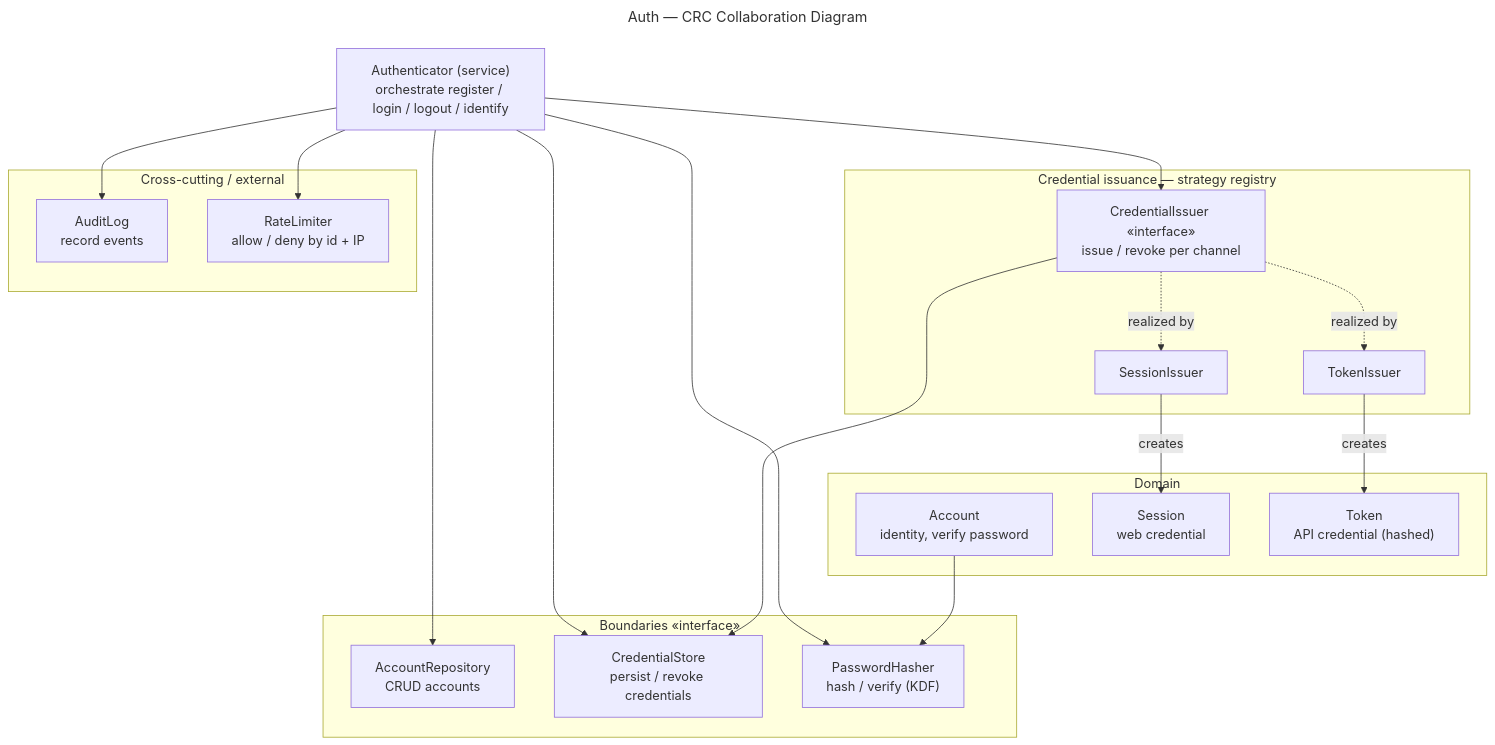
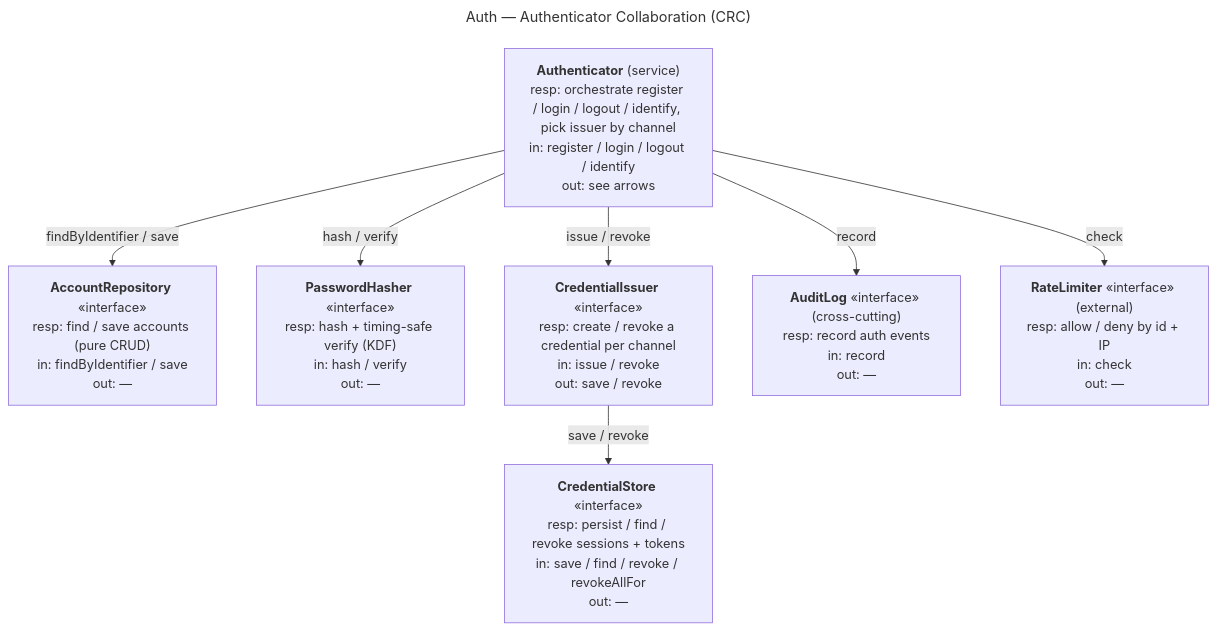
The first of 2 diagrams in auth/base/crc-cards.md (aristonis/system-design-components), drawn with Mermaid before and after one commit. The commit also changed other lines of this file and 19 other files, not shown here.

First line of the commit message:
docs(auth): add forgot/reset/change-password

````diff
--- a/auth/base/crc-cards.md
+++ b/auth/base/crc-cards.md
@@ -9,43 +17,21 @@
 ```mermaid
 ---
-title: Auth — CRC Collaboration Diagram
+title: Auth — Authenticator Collaboration (CRC)
 ---
 flowchart TB
-    Auth["Authenticator (service)<br/>orchestrate register / login / logout / identify"]
+    Auth["<b>Authenticator</b> (service)<br/>resp: orchestrate register / login / logout / identify, pick issuer by channel<br/>in: register / login / logout / identify<br/>out: see arrows"]
 
-    subgraph Domain["Domain"]
-      Account["Account<br/>identity, verify password"]
-      Session["Session<br/>web credential"]
-      Token["Token<br/>API credential (hashed)"]
-    end
+    Repo["<b>AccountRepository</b> «interface»<br/>resp: find / save accounts (pure CRUD)<br/>in: findByIdentifier / save<br/>out: —"]
+    Hash["<b>PasswordHasher</b> «interface»<br/>resp: hash + timing-safe verify (KDF)<br/>in: hash / verify<br/>out: —"]
+    Issuer["<b>CredentialIssuer</b> «interface»<br/>resp: create / revoke a credential per channel<br/>in: issue / revoke<br/>out: save / revoke"]
+    Store["<b>CredentialStore</b> «interface»<br/>resp: persist / find / revoke sessions + tokens<br/>in: save / find / revoke / revokeAllFor<br/>out: —"]
+    Audit["<b>AuditLog</b> «interface» (cross-cutting)<br/>resp: record auth events<br/>in: record<br/>out: —"]
+    RL["<b>RateLimiter</b> «interface» (external)<br/>resp: allow / deny by id + IP<br/>in: check<br/>out: —"]
 
-    subgraph Strategy["Credential issuance — strategy registry"]
-      Issuer["CredentialIssuer «interface»<br/>issue / revoke per channel"]
-      SI["SessionIssuer"]
-      TI["TokenIssuer"]
-    end
-
-    subgraph Boundaries["Boundaries «interface»"]
-      Repo["AccountRepository<br/>CRUD accounts"]
-      Store["CredentialStore<br/>persist / revoke credentials"]
-      Hash["PasswordHasher<br/>hash / verify (KDF)"]
-    end
-
-    subgraph External["Cross-cutting / external"]
-      Audit["AuditLog<br/>record events"]
-      RL["RateLimiter<br/>allow / deny by id + IP"]
-    end
-
-    Auth --> Repo
-    Auth --> Hash
-    Auth --> Issuer
-    Auth --> Store
-    Auth --> Audit
-    Auth --> RL
-    Account --> Hash
-    Issuer --> Store
-    Issuer -. realized by .-> SI
-    Issuer -. realized by .-> TI
-    SI -- creates --> Session
-    TI -- creates --> Token
+    Auth -->|"findByIdentifier / save"| Repo
+    Auth -->|"hash / verify"| Hash
+    Auth -->|"issue / revoke"| Issuer
+    Auth -->|"record"| Audit
+    Auth -->|"check"| RL
+    Issuer -->|"save / revoke"| Store
 ```
````
